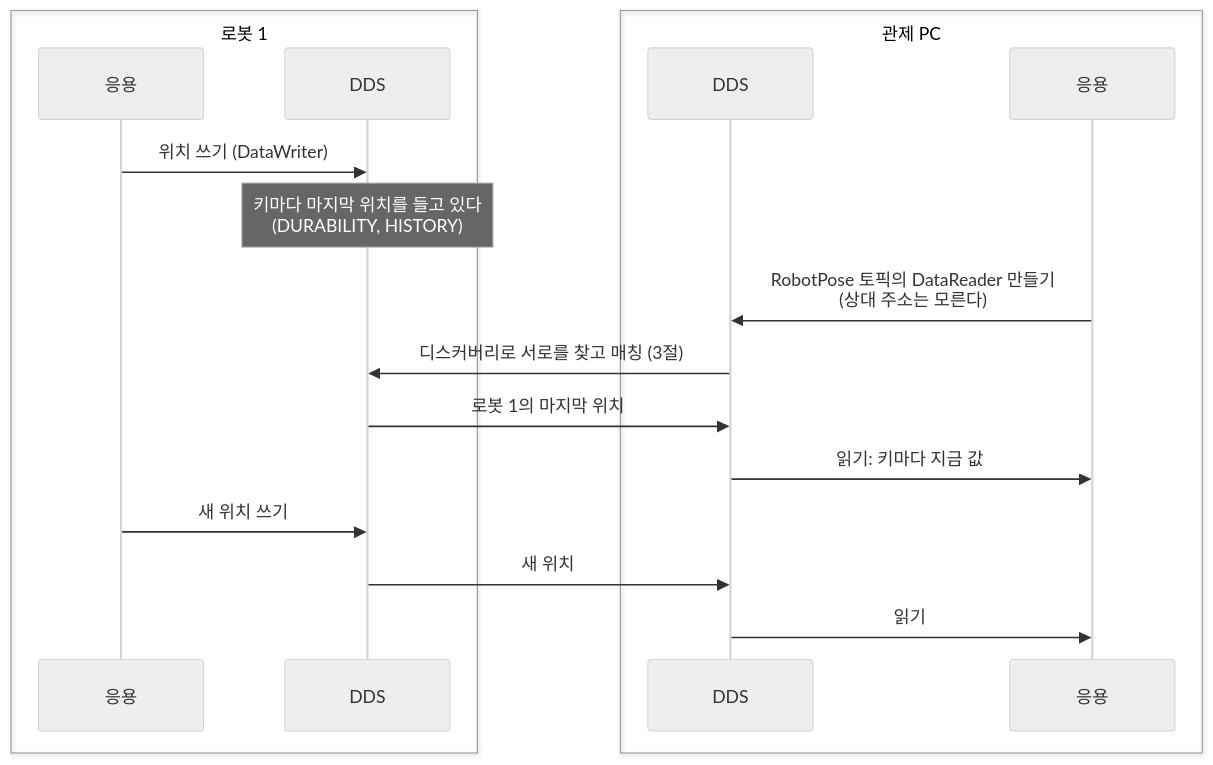
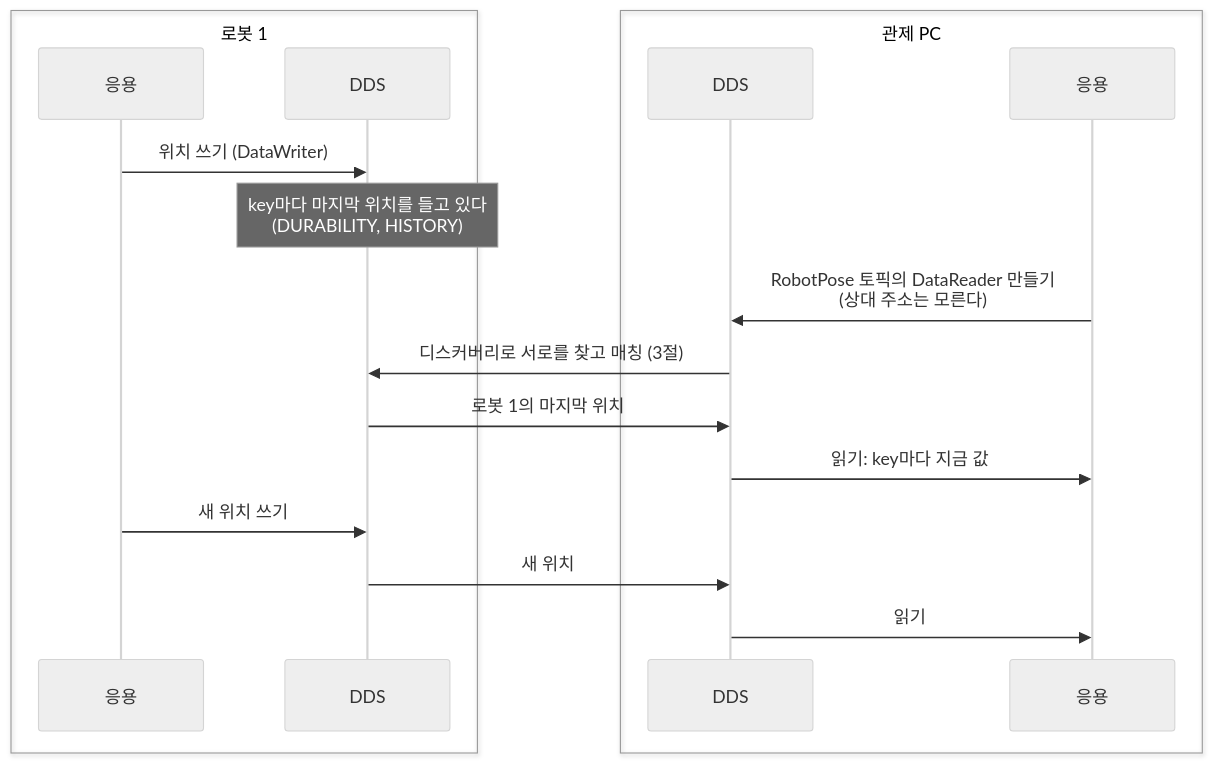
One commit to danielhongwoo/mdds changed the second of 3 diagrams in book/00-introduction/README.md. Above: the diagram before and after it, drawn with Mermaid (neutral theme). The commit also changed other lines of this file and 9 other files, not shown here.

````diff
--- a/book/00-introduction/README.md
+++ b/book/00-introduction/README.md
@@ -56,20 +56,20 @@
 ```mermaid
 sequenceDiagram
     box 로봇 1
         participant RA as 응용
         participant RM as DDS
     end
     box 관제 PC
         participant PM as DDS
         participant PA as 응용
     end
     RA->>RM: 위치 쓰기 (DataWriter)
-    Note over RM: 키마다 마지막 위치를 들고 있다<br/>(DURABILITY, HISTORY)
+    Note over RM: key마다 마지막 위치를 들고 있다<br/>(DURABILITY, HISTORY)
     PA->>PM: RobotPose 토픽의 DataReader 만들기<br/>(상대 주소는 모른다)
     PM->>RM: 디스커버리로 서로를 찾고 매칭 (3절)
     RM->>PM: 로봇 1의 마지막 위치
-    PM->>PA: 읽기: 키마다 지금 값
+    PM->>PA: 읽기: key마다 지금 값
     RA->>RM: 새 위치 쓰기
     RM->>PM: 새 위치
     PM->>PA: 읽기
 ```
````
